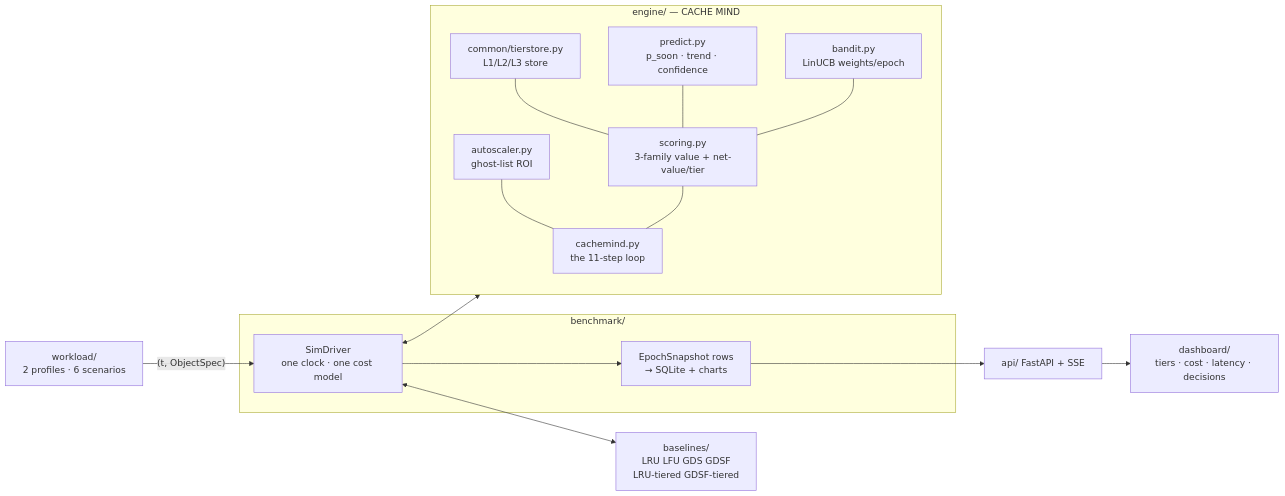
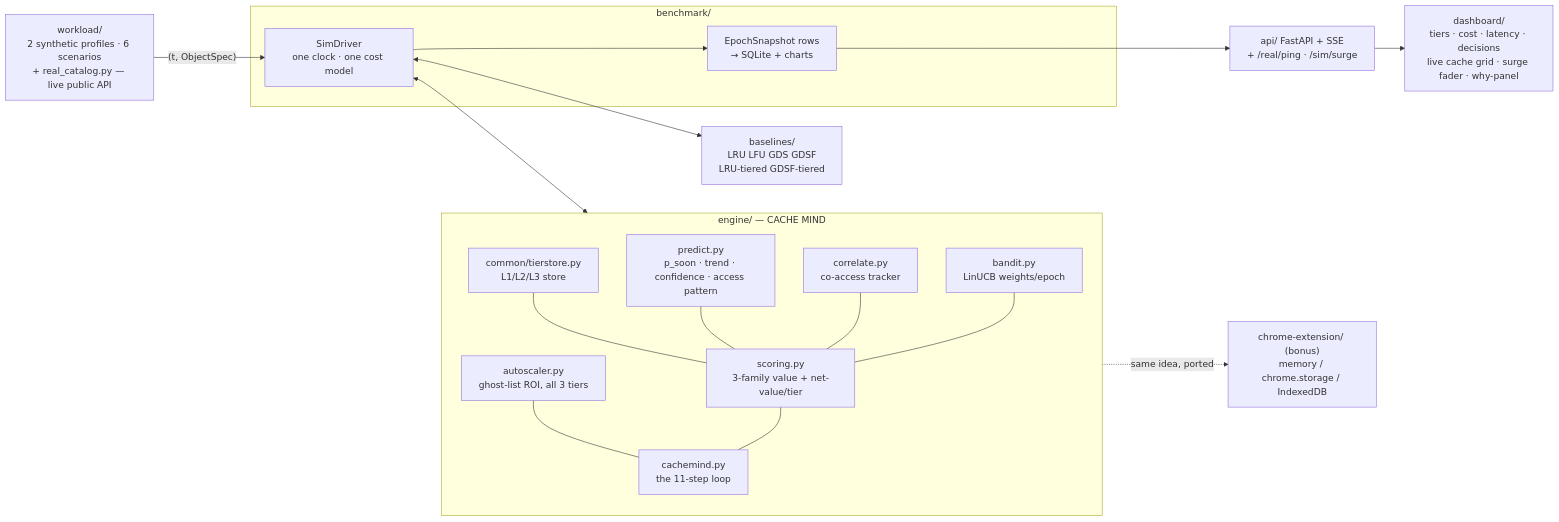
The second of 2 diagrams in docs/architecture.md (avadh-lang/VH-26-KASUKABE_DEFENCE_FORCE), drawn with Mermaid before and after one commit. The commit also changed other lines of this file and 3 other files, not shown here.

````diff
--- a/docs/architecture.md
+++ b/docs/architecture.md
@@ -38,17 +38,20 @@
 ```mermaid
 flowchart LR
-  WL[workload/<br/>2 profiles · 6 scenarios] -->|"(t, ObjectSpec)"| DRV
+  WL[workload/<br/>2 synthetic profiles · 6 scenarios<br/>+ real_catalog.py — live public API] -->|"(t, ObjectSpec)"| DRV
   subgraph BENCH[benchmark/]
     DRV[SimDriver<br/>one clock · one cost model] --> SNAP[EpochSnapshot rows<br/>→ SQLite + charts]
   end
   DRV <--> BASE[baselines/<br/>LRU LFU GDS GDSF<br/>LRU-tiered GDSF-tiered]
   DRV <--> ENG
   subgraph ENG[engine/ — CACHE MIND]
     TI[common/tierstore.py<br/>L1/L2/L3 store] --- SC[scoring.py<br/>3-family value + net-value/tier]
-    PR[predict.py<br/>p_soon · trend · confidence] --- SC
+    PR[predict.py<br/>p_soon · trend · confidence · access pattern] --- SC
+    CO[correlate.py<br/>co-access tracker] --- SC
     BA[bandit.py<br/>LinUCB weights/epoch] --- SC
-    AS[autoscaler.py<br/>ghost-list ROI] --- CMX[cachemind.py<br/>the 11-step loop]
+    AS[autoscaler.py<br/>ghost-list ROI, all 3 tiers] --- CMX[cachemind.py<br/>the 11-step loop]
     SC --- CMX
   end
-  SNAP --> API[api/ FastAPI + SSE] --> UI[dashboard/<br/>tiers · cost · latency · decisions]
+  SNAP --> API["api/ FastAPI + SSE<br/>+ /real/ping · /sim/surge"]
+  API --> UI["dashboard/<br/>tiers · cost · latency · decisions<br/>live cache grid · surge fader · why-panel"]
+  ENG -.same idea, ported.-> EXT["chrome-extension/ (bonus)<br/>memory / chrome.storage / IndexedDB"]
 ```
````
